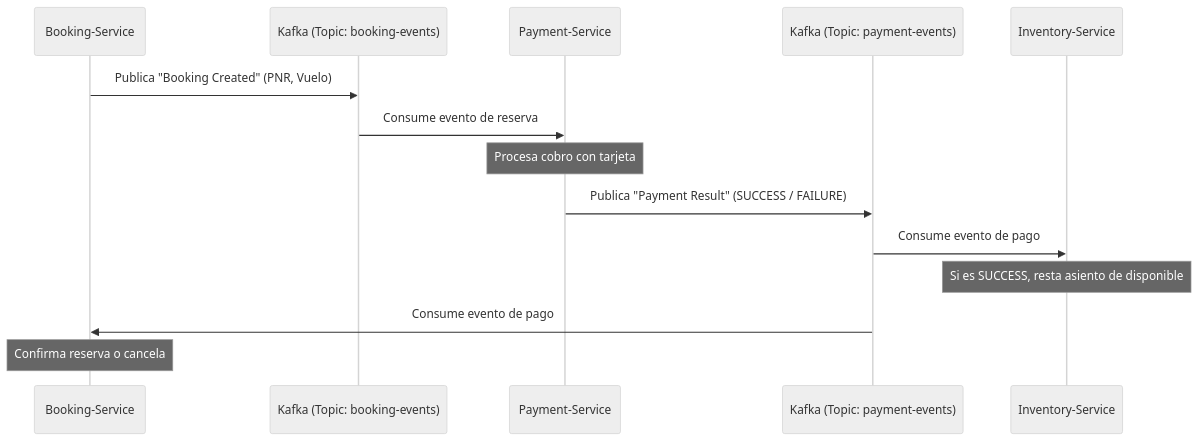
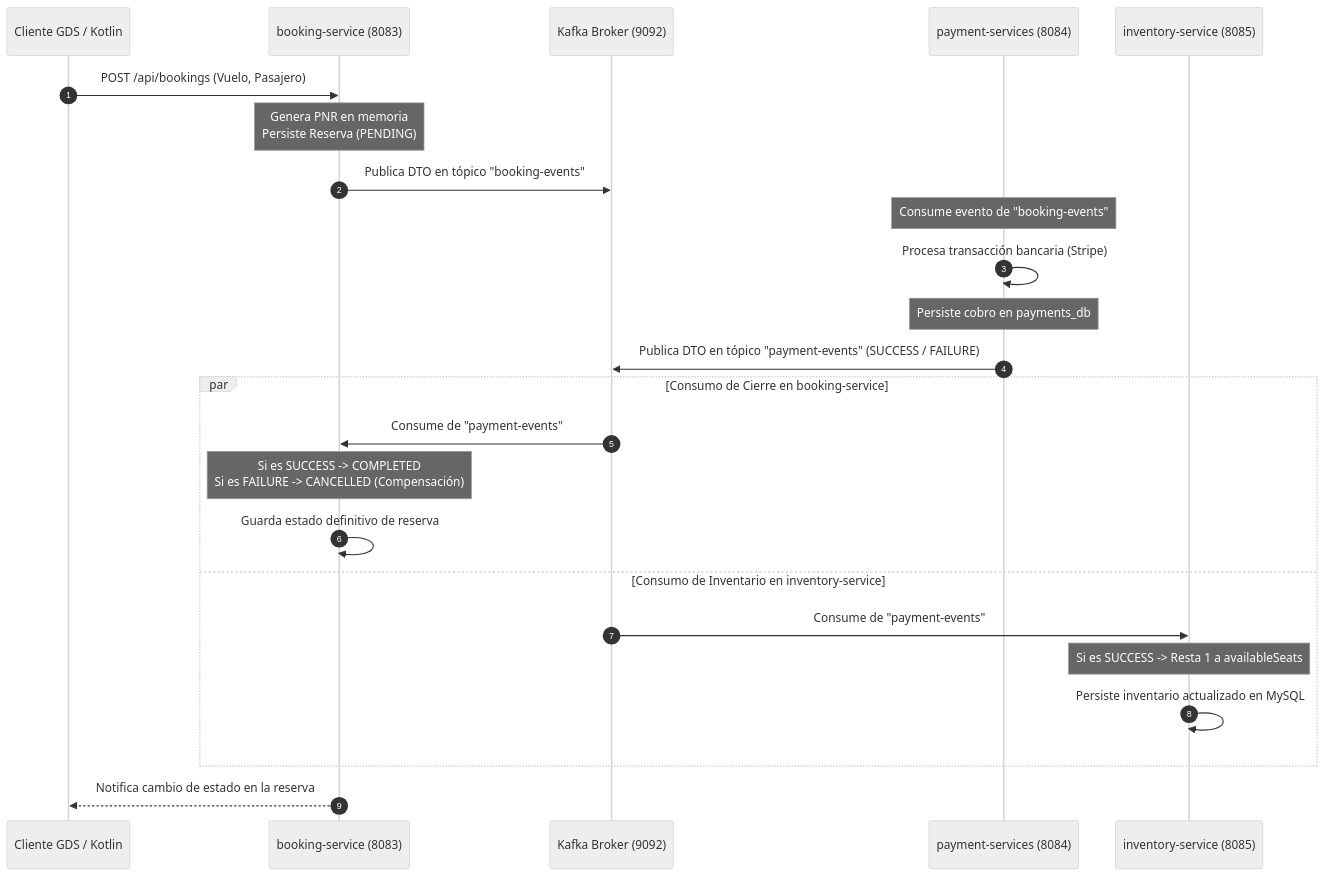
Before and after one commit to ALaLodev/airlines-gds-system: the fifth of 5 diagrams in features_documentation.md, drawn with Mermaid (neutral theme). The commit also changed other lines of this file and 35 other files, not shown here.

````diff
--- a/features_documentation.md
+++ b/features_documentation.md
@@ -251,17 +468,30 @@
-   ```mermaid
-   sequenceDiagram
-       participant B as Booking-Service
-       participant K as Kafka (Topic: booking-events)
-       participant P as Payment-Service
-       participant KE as Kafka (Topic: payment-events)
-       participant I as Inventory-Service
-       
-       B->>K: Publica "Booking Created" (PNR, Vuelo)
-       K->>P: Consume evento de reserva
-       Note over P: Procesa cobro con tarjeta
-       P->>KE: Publica "Payment Result" (SUCCESS / FAILURE)
-       KE->>I: Consume evento de pago
-       Note over I: Si es SUCCESS, resta asiento de disponible
-       KE->>B: Consume evento de pago
-       Note over B: Confirma reserva o cancela
-   ```
+```mermaid
+sequenceDiagram
+    autonumber
+    participant Client as Cliente GDS / Kotlin
+    participant Booking as booking-service (8083)
+    participant Kafka as Kafka Broker (9092)
+    participant Payment as payment-services (8084)
+    participant Inventory as inventory-service (8085)
+
+    Client->>Booking: POST /api/bookings (Vuelo, Pasajero)
+    Note over Booking: Genera PNR en memoria<br/>Persiste Reserva (PENDING)
+    Booking->>Kafka: Publica DTO en tópico "booking-events"
+    
+    Note over Payment: Consume evento de "booking-events"
+    Payment->>Payment: Procesa transacción bancaria (Stripe)
+    Note over Payment: Persiste cobro en payments_db
+    Payment->>Kafka: Publica DTO en tópico "payment-events" (SUCCESS / FAILURE)
+
+    par Consumo de Cierre en booking-service
+        Kafka->>Booking: Consume de "payment-events"
+        Note over Booking: Si es SUCCESS -> COMPLETED<br/>Si es FAILURE -> CANCELLED (Compensación)
+        Booking->>Booking: Guarda estado definitivo de reserva
+    and Consumo de Inventario en inventory-service
+        Kafka->>Inventory: Consume de "payment-events"
+        Note over Inventory: Si es SUCCESS -> Resta 1 a availableSeats
+        Inventory->>Inventory: Persiste inventario actualizado en MySQL
+    end
+
+    Booking-->>Client: Notifica cambio de estado en la reserva
+```
````
